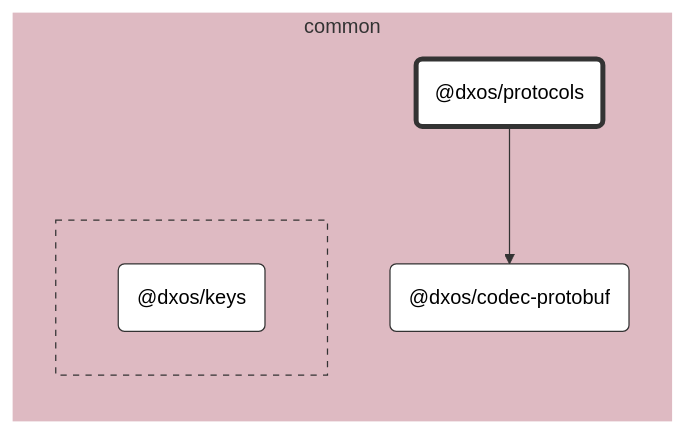
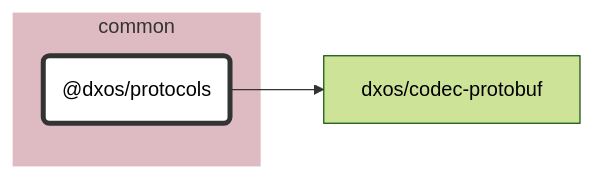
One commit to dxos/dxos changed the diagram in packages/common/protocols/docs/README.md. Above: the diagram before and after it, drawn with Mermaid (forest theme). The commit also changed 87 other files, not shown here.

````diff
--- a/packages/common/protocols/docs/README.md
+++ b/packages/common/protocols/docs/README.md
@@ -7,37 +7,21 @@
 ```mermaid
 %%{ init: {'flowchart':{'curve':'basis'}} }%%
 
 flowchart LR
 
-%% Links
-dxos/protocols --> dxos/codec-protobuf;
+%% Classes
+classDef def fill:#fff,stroke:#333,stroke-width:1px
+classDef root fill:#fff,stroke:#333,stroke-width:4px
 
-%% Sections
-subgraph common
-  style common fill:#debac2,stroke:#fff;
+%% Nodes
 
-  dxos/codec-protobuf("@dxos/codec-protobuf")
-  dxos/protocols("@dxos/protocols")
-
-  subgraph common-excluded [ ]
-    style common-excluded fill:#debac2,stroke:#333,stroke-dasharray:5 5;
-
-    dxos/keys("@dxos/keys")
-  end
+subgraph common [common]
+  style common fill:#debac2,stroke:#fff
+  dxos/protocols("@dxos/protocols"):::root
+  click dxos/protocols "dxos/dxos/tree/main/packages/common/protocols/docs"
 end
 
-
-%% Hyperlinks
-click dxos/codec-protobuf "dxos/dxos/tree/main/packages/common/codec-protobuf/docs";
-click dxos/keys "dxos/dxos/tree/main/packages/common/keys/docs";
-
-%% Styles
-classDef rootNode fill:#fff,stroke:#333,stroke-width:4px
-classDef defaultNode fill:#fff,stroke:#333,stroke-width:1px
+%% Links
 linkStyle default stroke:#333,stroke-width:1px
-
-dxos/protocols:::rootNode
-
-dxos/codec-protobuf:::defaultNode
-dxos/keys:::defaultNode
+dxos/protocols --> dxos/codec-protobuf
 ```
````
